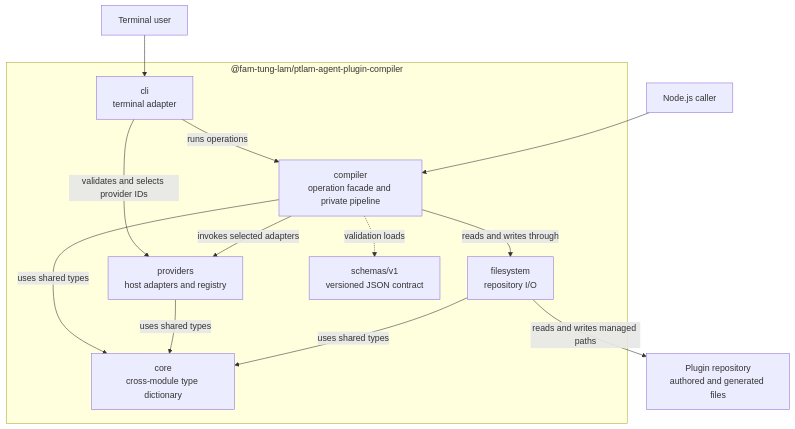
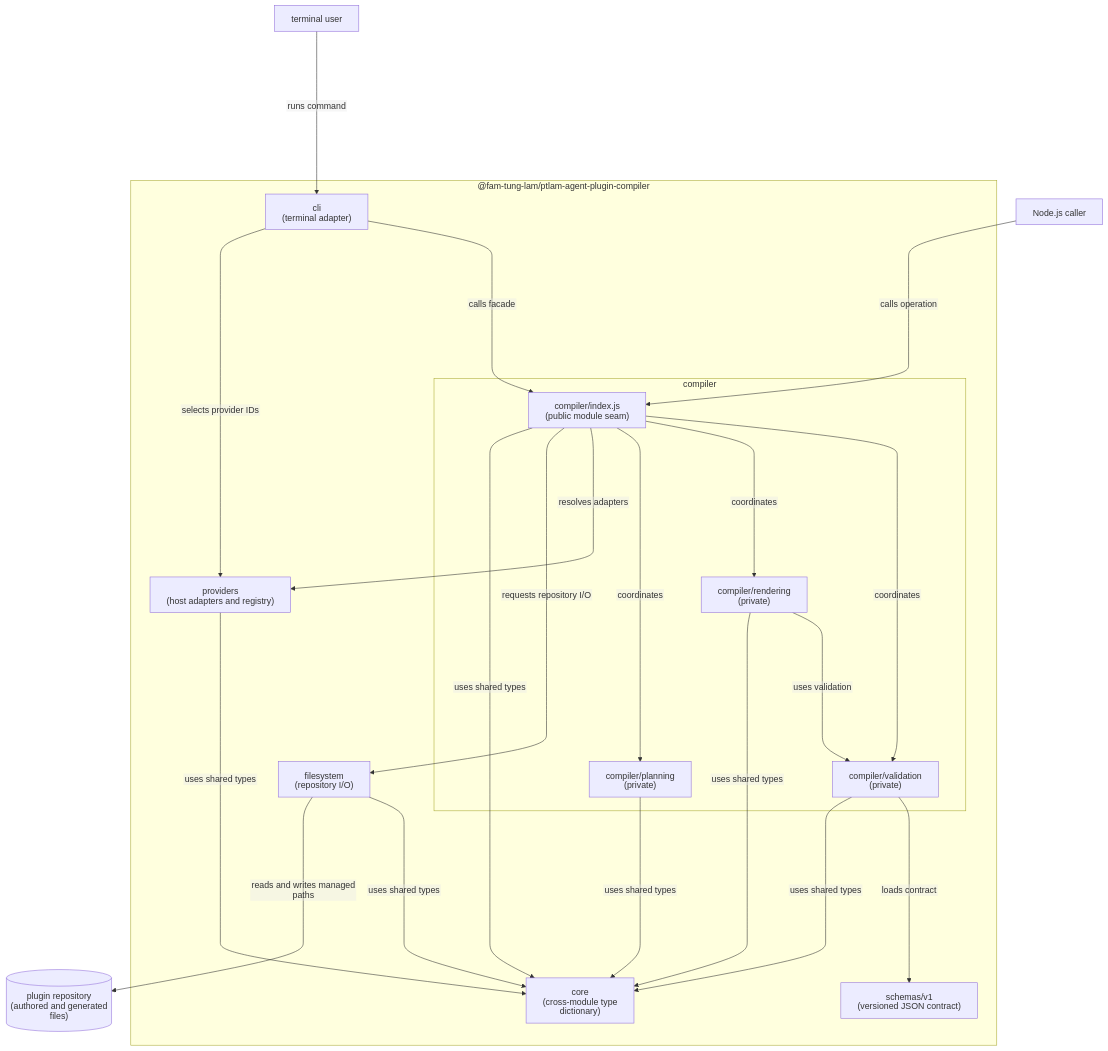
Before and after one commit to fam-tung-lam/ptlam-agent-plugin-compiler: the first of 7 diagrams in docs/ARCHITECTURE.md, drawn with Mermaid. The commit also changed other lines of this file and 2 other files, not shown here.

Commit message:
docs: standardize Mermaid diagrams

````diff
--- a/docs/ARCHITECTURE.md
+++ b/docs/ARCHITECTURE.md
@@ -5,28 +5,81 @@
 ```mermaid
-flowchart TB
-  NodeCaller["Node.js caller"]
-  Terminal["Terminal user"]
-  Repository["Plugin repository<br/>authored and generated files"]
+---
+config:
+  htmlLabels: false
+---
+flowchart TD
+    TerminalUser["`terminal user`"]
+    NodeJsCaller["`Node.js caller`"]
+    PluginRepository[("`
+        plugin repository
+        (authored and generated files)
+    `")]
 
-  subgraph Package["@fam-tung-lam/ptlam-agent-plugin-compiler"]
-    CLI["cli<br/>terminal adapter"]
-    Compiler["compiler<br/>operation facade and private pipeline"]
-    Providers["providers<br/>host adapters and registry"]
-    Filesystem["filesystem<br/>repository I/O"]
-    Core["core<br/>cross-module type dictionary"]
-    Schemas["schemas/v1<br/>versioned JSON contract"]
+    subgraph Package["`@fam-tung-lam/ptlam-agent-plugin-compiler`"]
+        CommandLineInterface["`
+            cli
+            (terminal adapter)
+        `"]
 
-    CLI -->|"runs operations"| Compiler
-    CLI -->|"validates and selects provider IDs"| Providers
-    Compiler -->|"uses shared types"| Core
-    Compiler -->|"invokes selected adapters"| Providers
-    Compiler -->|"reads and writes through"| Filesystem
-    Compiler -.->|"validation loads"| Schemas
-    Providers -->|"uses shared types"| Core
-    Filesystem -->|"uses shared types"| Core
-  end
+        subgraph CompilerModule["`compiler`"]
+            CompilerFacade["`
+                compiler/index.js
+                (public module seam)
+            `"]
 
-  Terminal --> CLI
-  NodeCaller --> Compiler
-  Filesystem -->|"reads and writes managed paths"| Repository
+            CompilerValidation["`
+                compiler/validation
+                (private)
+            `"]
+
+            CompilerRendering["`
+                compiler/rendering
+                (private)
+            `"]
+
+            CompilerPlanning["`
+                compiler/planning
+                (private)
+            `"]
+        end
+
+        Providers["`
+            providers
+            (host adapters and registry)
+        `"]
+
+        Filesystem["`
+            filesystem
+            (repository I/O)
+        `"]
+
+        Core["`
+            core
+            (cross-module type dictionary)
+        `"]
+
+        Schemas["`
+            schemas/v1
+            (versioned JSON contract)
+        `"]
+    end
+
+    TerminalUser ------>|"`runs command`"| CommandLineInterface
+    NodeJsCaller ------>|"`calls operation`"| CompilerFacade
+    CommandLineInterface ------>|"`calls facade`"| CompilerFacade
+    CommandLineInterface ------>|"`selects provider IDs`"| Providers
+    CompilerFacade ------>|"`coordinates`"| CompilerValidation
+    CompilerFacade ------>|"`coordinates`"| CompilerRendering
+    CompilerFacade ------>|"`coordinates`"| CompilerPlanning
+    CompilerFacade ------>|"`resolves adapters`"| Providers
+    CompilerFacade ------>|"`requests repository I/O`"| Filesystem
+    CompilerFacade ------>|"`uses shared types`"| Core
+    CompilerValidation ------>|"`loads contract`"| Schemas
+    CompilerValidation ------>|"`uses shared types`"| Core
+    CompilerRendering ------>|"`uses validation`"| CompilerValidation
+    CompilerRendering ------>|"`uses shared types`"| Core
+    CompilerPlanning ------>|"`uses shared types`"| Core
+    Providers ------>|"`uses shared types`"| Core
+    Filesystem ------>|"`uses shared types`"| Core
+    Filesystem ------>|"`reads and writes managed paths`"| PluginRepository
 ```
````
